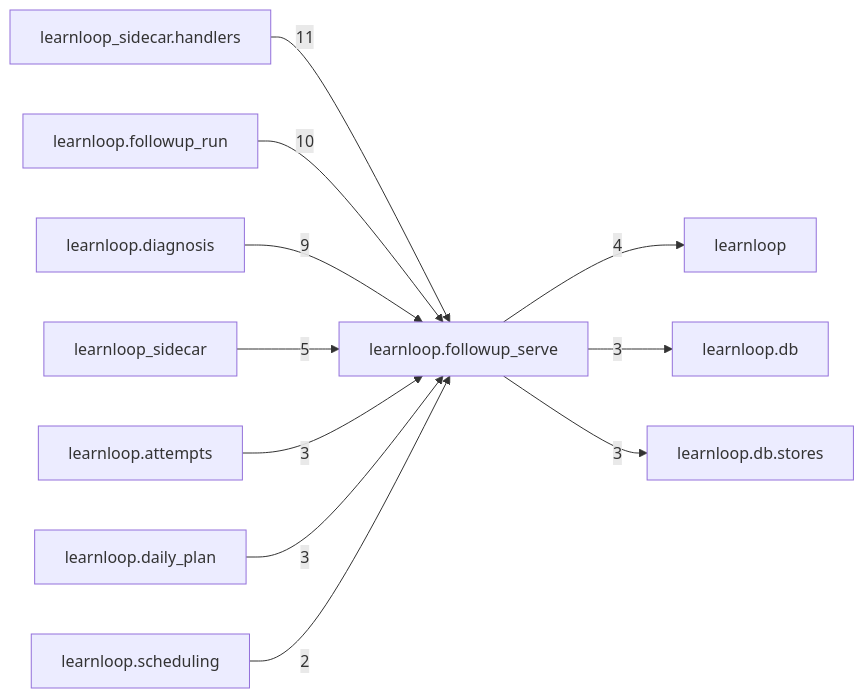
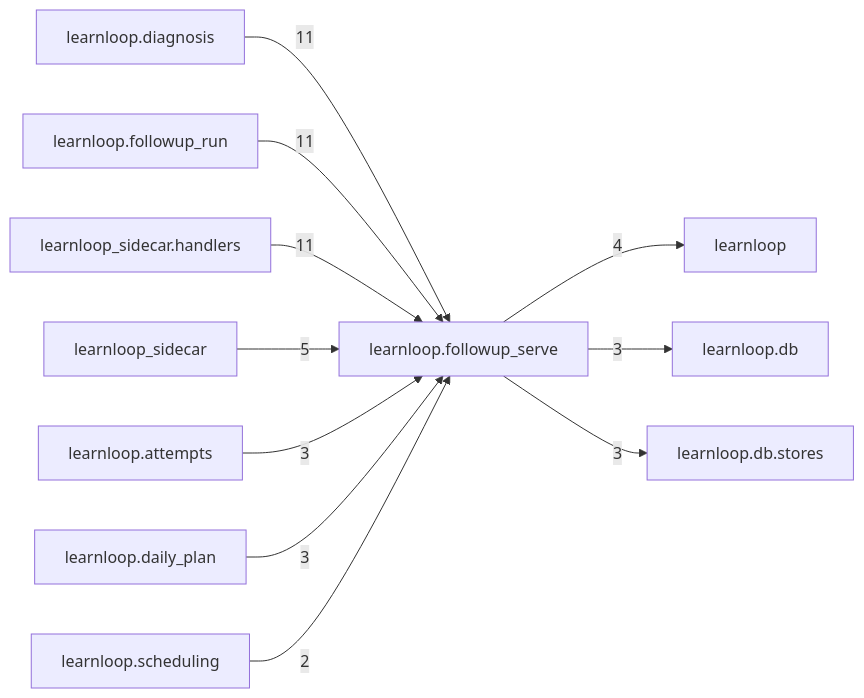
The diagram in docs/learnloop-architecture-vault/Reference/Modules/learnloop/followup_serve/_package.md (6up-b/learnanything), drawn with Mermaid before and after one commit. The commit also changed other lines of this file and 516 other files, not shown here.

````diff
--- a/docs/learnloop-architecture-vault/Reference/Modules/learnloop/followup_serve/_package.md
+++ b/docs/learnloop-architecture-vault/Reference/Modules/learnloop/followup_serve/_package.md
@@ -83,24 +83,24 @@
 ```mermaid
 flowchart LR
     center["learnloop.followup_serve"]
+    n_learnloop_diagnosis["learnloop.diagnosis"]
+    n_learnloop_followup_run["learnloop.followup_run"]
     n_learnloop_sidecar_handlers["learnloop_sidecar.handlers"]
-    n_learnloop_followup_run["learnloop.followup_run"]
-    n_learnloop_diagnosis["learnloop.diagnosis"]
     n_learnloop_sidecar["learnloop_sidecar"]
     n_learnloop["learnloop"]
     n_learnloop_attempts["learnloop.attempts"]
     n_learnloop_daily_plan["learnloop.daily_plan"]
     n_learnloop_db["learnloop.db"]
     n_learnloop_db_stores["learnloop.db.stores"]
     n_learnloop_scheduling["learnloop.scheduling"]
+    n_learnloop_diagnosis -->|11| center
+    n_learnloop_followup_run -->|11| center
     n_learnloop_sidecar_handlers -->|11| center
-    n_learnloop_followup_run -->|10| center
-    n_learnloop_diagnosis -->|9| center
     n_learnloop_sidecar -->|5| center
     center -->|4| n_learnloop
     n_learnloop_attempts -->|3| center
     n_learnloop_daily_plan -->|3| center
     center -->|3| n_learnloop_db
     center -->|3| n_learnloop_db_stores
     n_learnloop_scheduling -->|2| center
 ```
````
